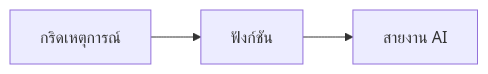
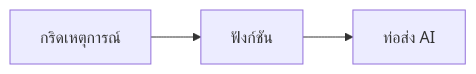
The second of 2 diagrams in translations/th/docs/chapter-08-production/README.md (microsoft/AZD-for-beginners), drawn with Mermaid before and after one commit. The commit also changed other lines of this file and 59 other files, not shown here.

````diff
--- a/translations/th/docs/chapter-08-production/README.md
+++ b/translations/th/docs/chapter-08-production/README.md
@@ -57,4 +57,4 @@
 ```mermaid
 graph LR
-    EventGrid[กริดเหตุการณ์] --> Functions[ฟังก์ชัน] --> Pipeline[สายงาน AI]
+    EventGrid[กริดเหตุการณ์] --> Functions[ฟังก์ชัน] --> Pipeline[ท่อส่ง AI]
 ```
````
